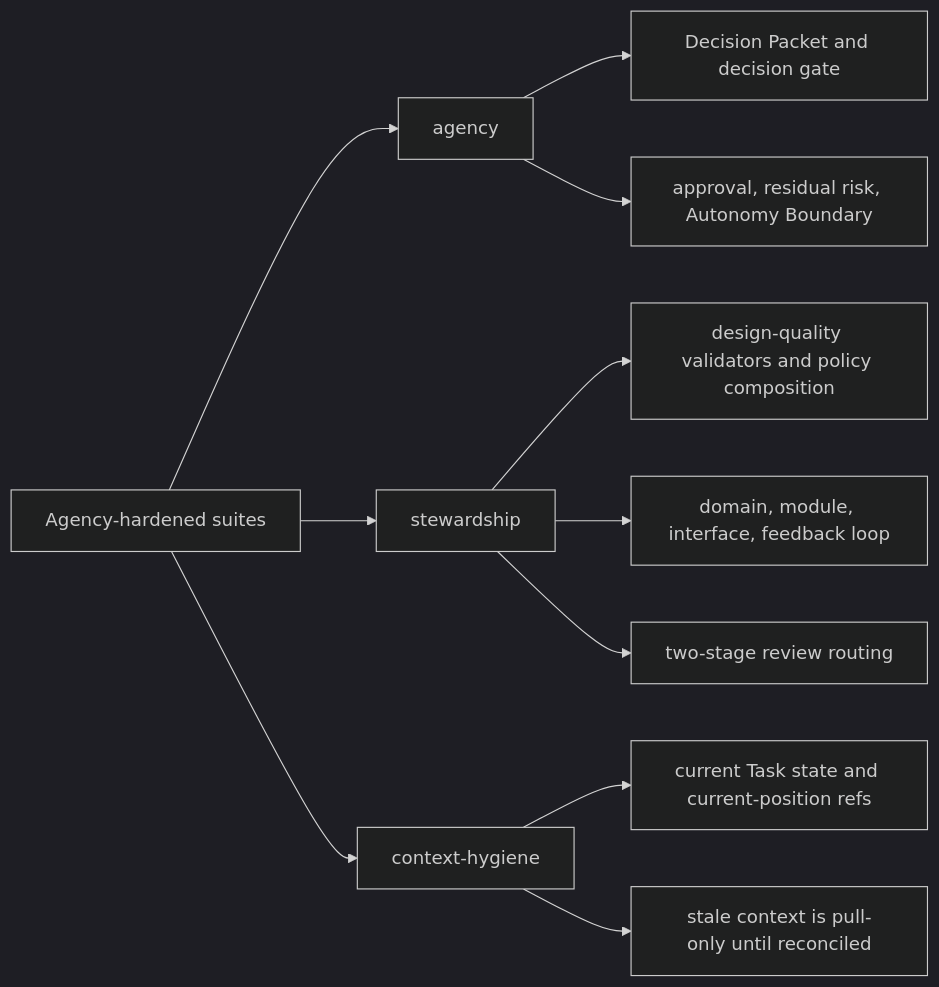
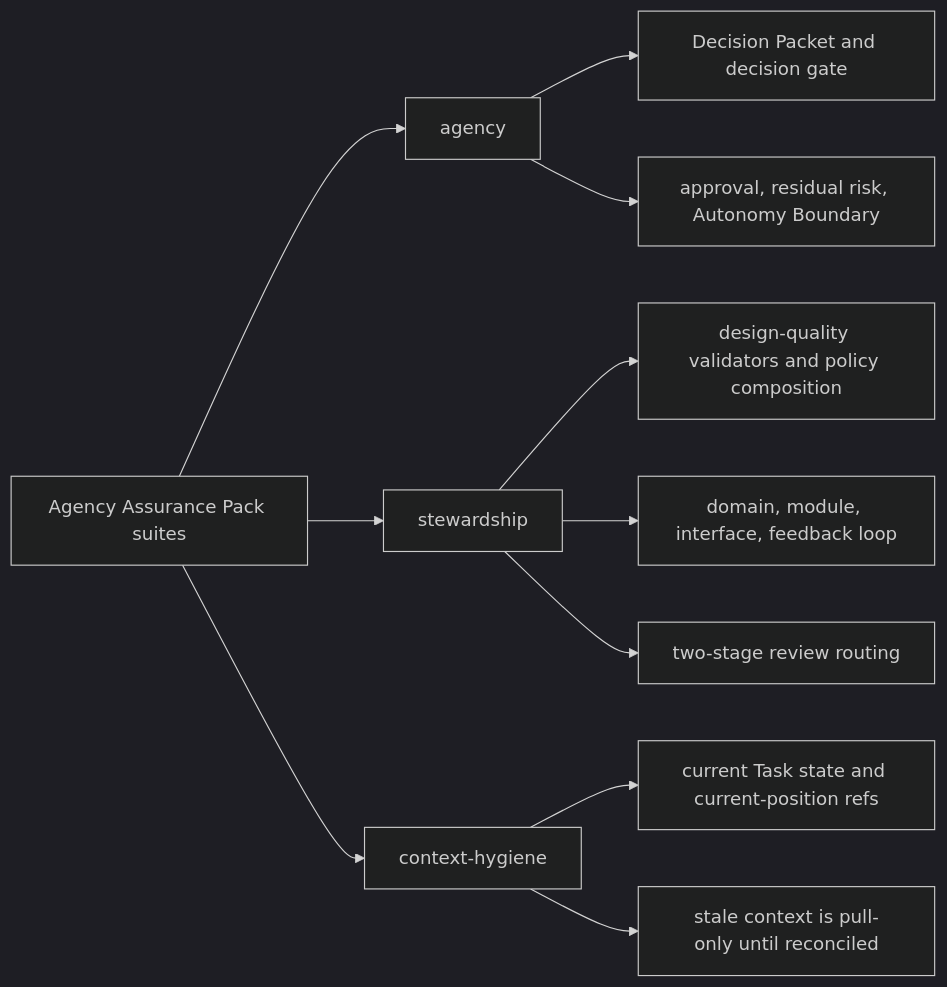
Before and after one commit to minjungw00/Harness_Project: the third of 3 diagrams in docs/en/reference/conformance-fixtures.md, drawn with Mermaid (dark theme). The commit also changed other lines of this file and 47 other files, not shown here.

````diff
--- a/docs/en/reference/conformance-fixtures.md
+++ b/docs/en/reference/conformance-fixtures.md
@@ -281,13 +281,13 @@
 ```mermaid
 flowchart LR
-  Suites["Agency-hardened suites"] --> Agency["agency"]
+  Suites["Agency Assurance Pack suites"] --> Agency["agency"]
   Suites --> Stewardship["stewardship"]
   Suites --> Context["context-hygiene"]
   Agency --> A1["Decision Packet and decision gate"]
   Agency --> A2["approval, residual risk, Autonomy Boundary"]
   Stewardship --> S1["design-quality validators and policy composition"]
   Stewardship --> S2["domain, module, interface, feedback loop"]
   Stewardship --> S3["two-stage review routing"]
   Context --> C1["current Task state and current-position refs"]
   Context --> C2["stale context is pull-only until reconciled"]
 ```
````
